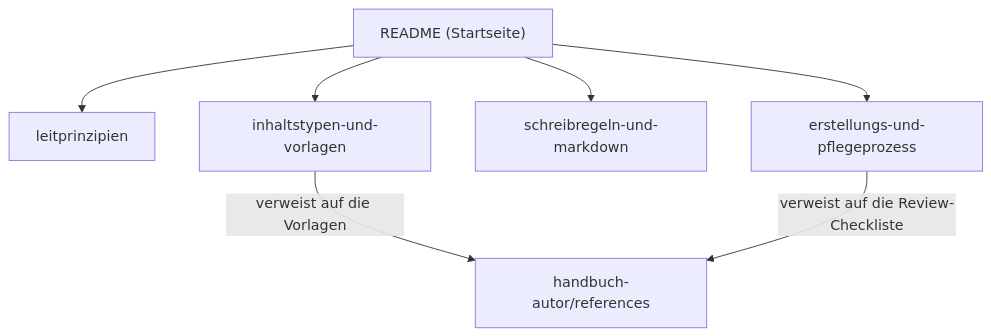
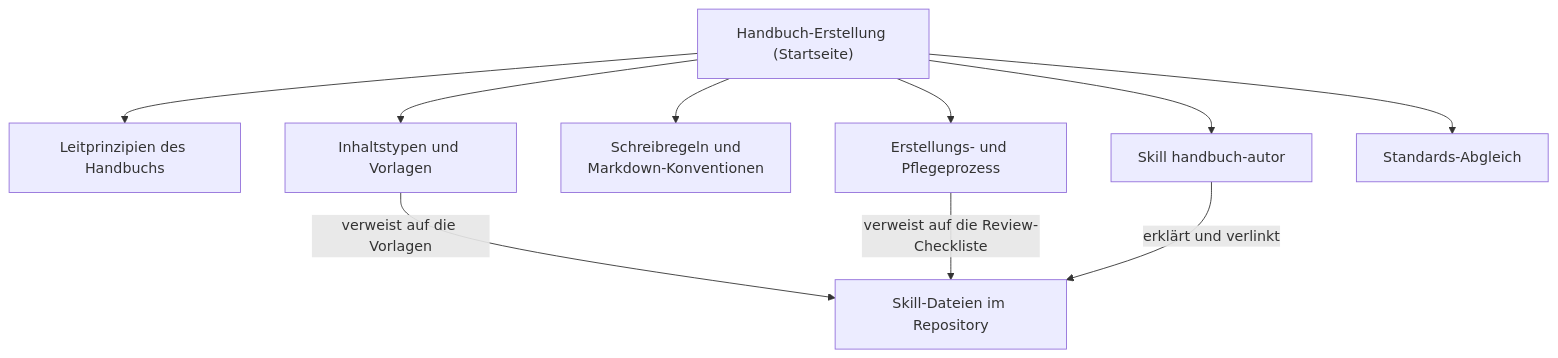
Before and after one commit to rfluethi/learn-wp-dach-team: the diagram in handbuch/Handbuch-Erstellung/README.md, drawn with Mermaid. The commit also changed other lines of this file and 48 other files, not shown here.

````diff
--- a/handbuch/Handbuch-Erstellung/README.md
+++ b/handbuch/Handbuch-Erstellung/README.md
@@ -43,9 +61,12 @@
 ```mermaid
 flowchart TD
-    R["README (Startseite)"] --> L["leitprinzipien"]
-    R --> I["inhaltstypen-und-vorlagen"]
-    R --> S["schreibregeln-und-markdown"]
-    R --> E["erstellungs-und-pflegeprozess"]
-    I -- "verweist auf die Vorlagen" --> A["handbuch-autor/references"]
+    R["Handbuch-Erstellung (Startseite)"] --> L["Leitprinzipien des Handbuchs"]
+    R --> I["Inhaltstypen und Vorlagen"]
+    R --> S["Schreibregeln und<br>Markdown-Konventionen"]
+    R --> E["Erstellungs- und Pflegeprozess"]
+    R --> K["Skill handbuch-autor"]
+    R --> ST["Standards-Abgleich"]
+    I -- "verweist auf die Vorlagen" --> A["Skill-Dateien im Repository"]
     E -- "verweist auf die Review-Checkliste" --> A
+    K -- "erklärt und verlinkt" --> A
 ```
````
